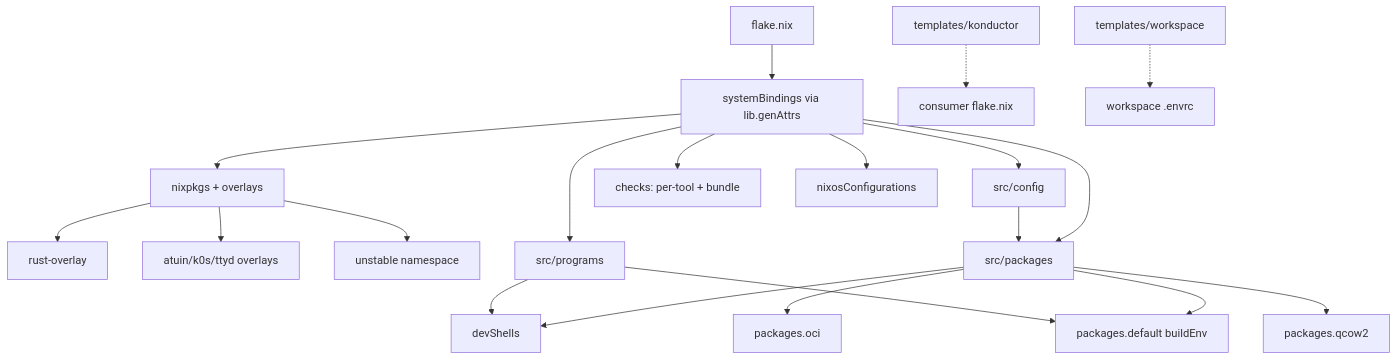
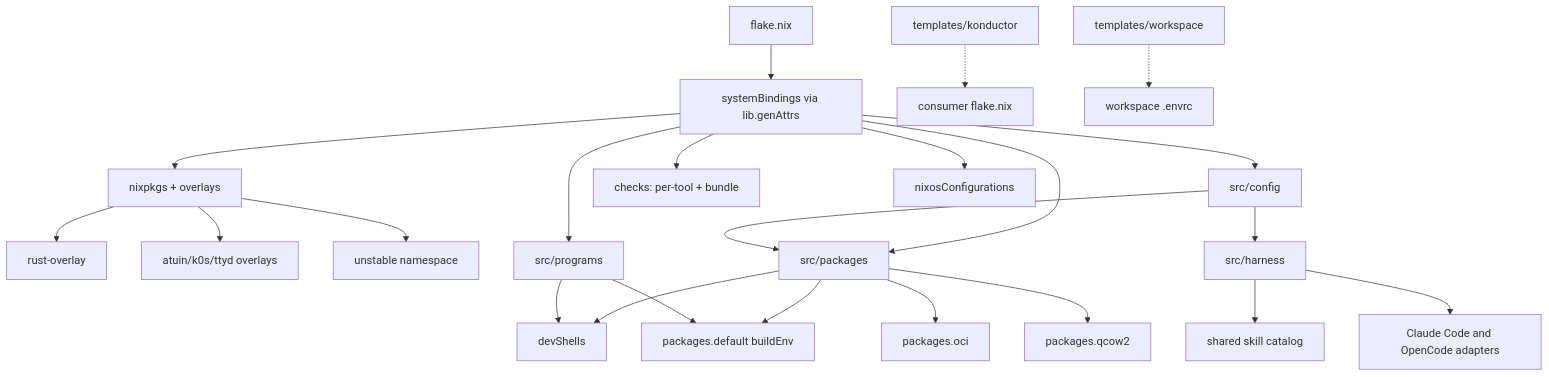
The diagram in README.md (braincraftio/konductor), drawn with Mermaid before and after one commit. The commit also changed other lines of this file and 84 other files, not shown here.

````diff
--- a/README.md
+++ b/README.md
@@ -935,27 +937,30 @@
 ```mermaid
 graph TD
     A[flake.nix] --> B[systemBindings via lib.genAttrs]
     B --> C[nixpkgs + overlays]
     C --> D[rust-overlay]
     C --> E[atuin/k0s/ttyd overlays]
     C --> F[unstable namespace]
 
     B --> G[src/packages]
     B --> H[src/programs]
     B --> I[src/config]
+    I --> T[src/harness]
+    T --> U[shared skill catalog]
+    T --> V[Claude Code and OpenCode adapters]
 
     G --> J[devShells]
     G --> K[packages.default buildEnv]
     G --> L[packages.oci]
     G --> M[packages.qcow2]
 
     H --> J
     H --> K
     I --> G
 
     B --> N[checks: per-tool + bundle]
     B --> O[nixosConfigurations]
 
     P[templates/konductor] -.-> Q[consumer flake.nix]
     R[templates/workspace] -.-> S[workspace .envrc]
 ```
````
